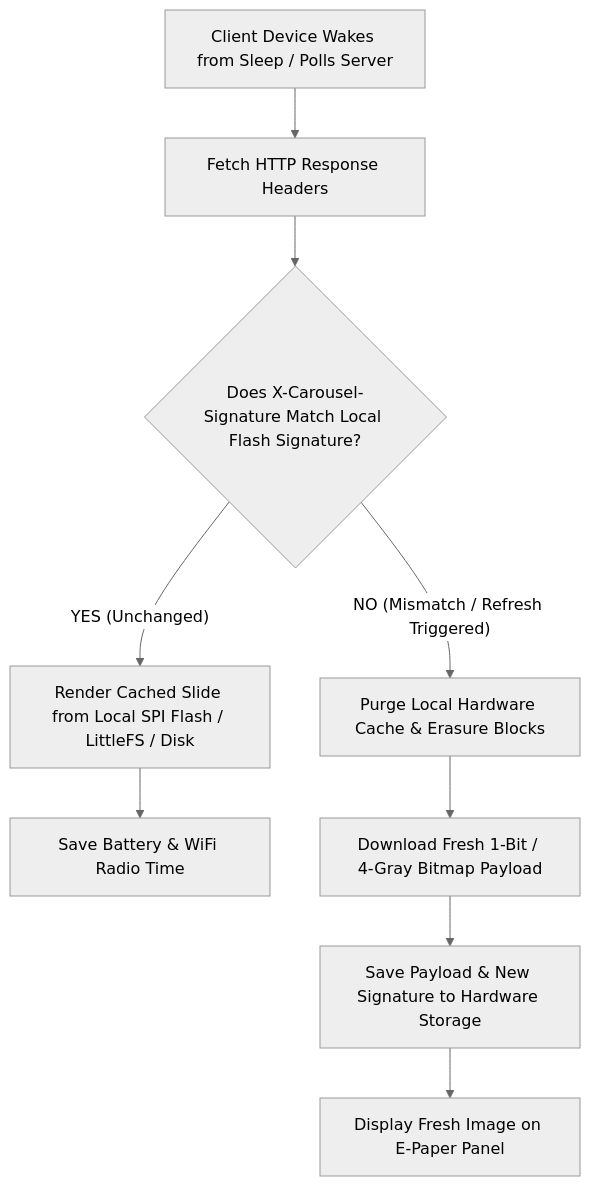
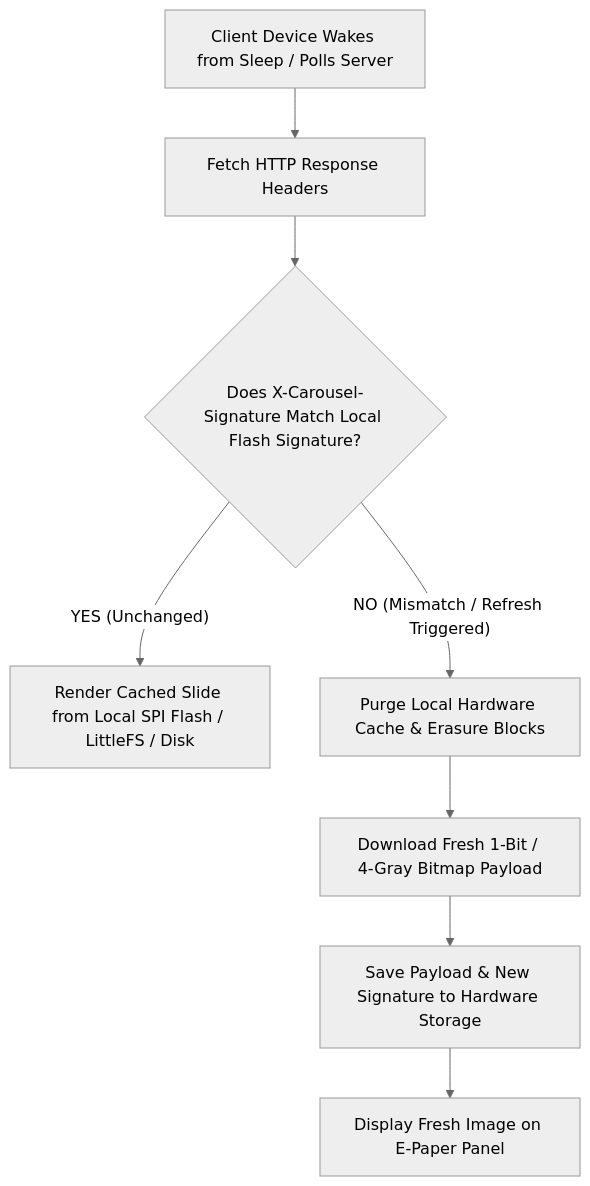
One commit to DerrickJEvans/inkflow-eink changed the third of 3 diagrams in README.md. Above: the diagram before and after it, drawn with Mermaid (neutral theme).

Commit message:
Remove battery and WiFi saving step from flowchart
Removed the step to save battery and WiFi radio time from the flowchart.

````diff
--- a/README.md
+++ b/README.md
@@ -590,11 +590,10 @@
 ```mermaid
 flowchart TD
     A["Client Device Wakes from Sleep / Polls Server"] --> B["Fetch HTTP Response Headers"]
     B --> C{"Does X-Carousel-Signature Match Local Flash Signature?"}
     C -- "YES (Unchanged)" --> D["Render Cached Slide from Local SPI Flash / LittleFS / Disk"]
-    D --> E["Save Battery & WiFi Radio Time"]
     C -- "NO (Mismatch / Refresh Triggered)" --> F["Purge Local Hardware Cache & Erasure Blocks"]
     F --> G["Download Fresh 1-Bit / 4-Gray Bitmap Payload"]
     G --> H["Save Payload & New Signature to Hardware Storage"]
     H --> I["Display Fresh Image on E-Paper Panel"]
 ```
````
